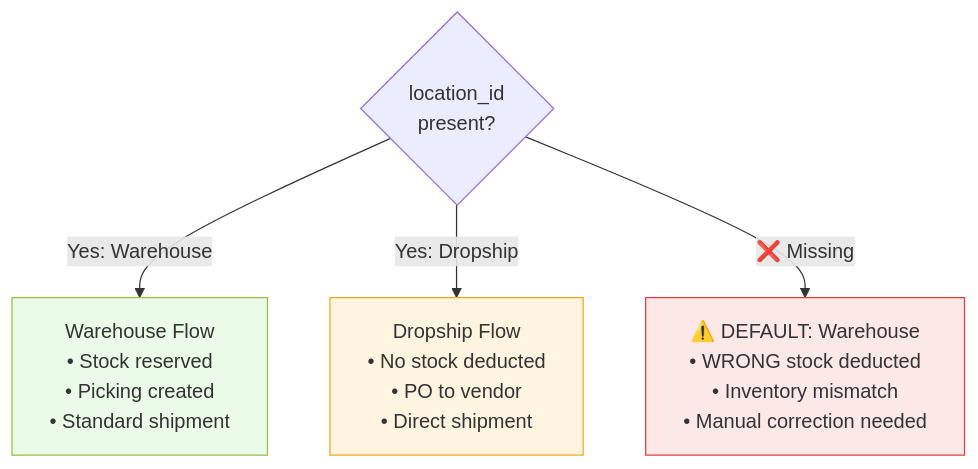
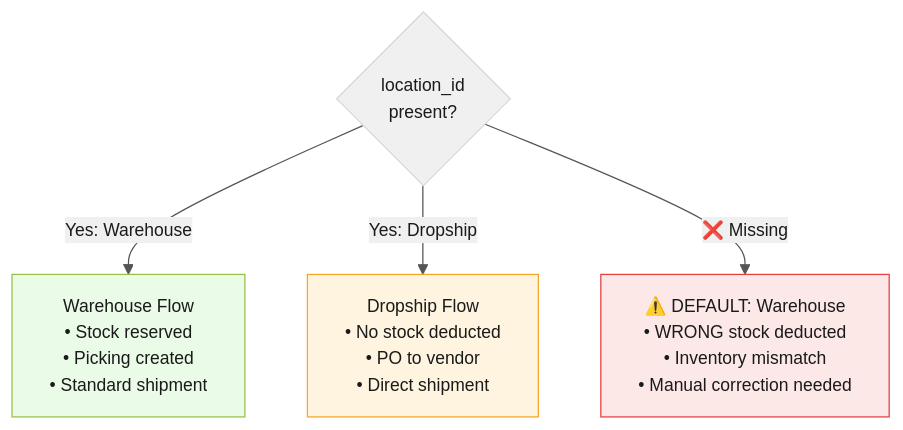
The tenth of 11 diagrams in shopify-sync-odoo-scenarios.md (ozan-droid/documents), drawn with Mermaid before and after one commit. The commit also changed other lines of this file, not shown here.

````diff
--- a/shopify-sync-odoo-scenarios.md
+++ b/shopify-sync-odoo-scenarios.md
@@ -380,12 +383,13 @@
 ```mermaid
+%%{init: {'theme': 'base', 'themeVariables': {'primaryColor': '#f0f0f0', 'primaryTextColor': '#1a1a1a', 'lineColor': '#555', 'textColor': '#1a1a1a', 'fontSize': '14px'}}}%%
 flowchart TD
     LID{"location_id\npresent?"}
     
     LID -->|"Yes: Warehouse"| WH["Warehouse Flow\n• Stock reserved\n• Picking created\n• Standard shipment"]
     LID -->|"Yes: Dropship"| DS["Dropship Flow\n• No stock deducted\n• PO to vendor\n• Direct shipment"]
     LID -->|"❌ Missing"| ERR["⚠️ DEFAULT: Warehouse\n• WRONG stock deducted\n• Inventory mismatch\n• Manual correction needed"]
 
-    style WH fill:#eafbe7,stroke:#96bf48
-    style DS fill:#fff4e0,stroke:#f5a623
-    style ERR fill:#fde8e8,stroke:#e53e3e
+    style WH fill:#eafbe7,stroke:#96bf48,color:#1a1a1a
+    style DS fill:#fff4e0,stroke:#f5a623,color:#1a1a1a
+    style ERR fill:#fde8e8,stroke:#e53e3e,color:#1a1a1a
 ```
````
